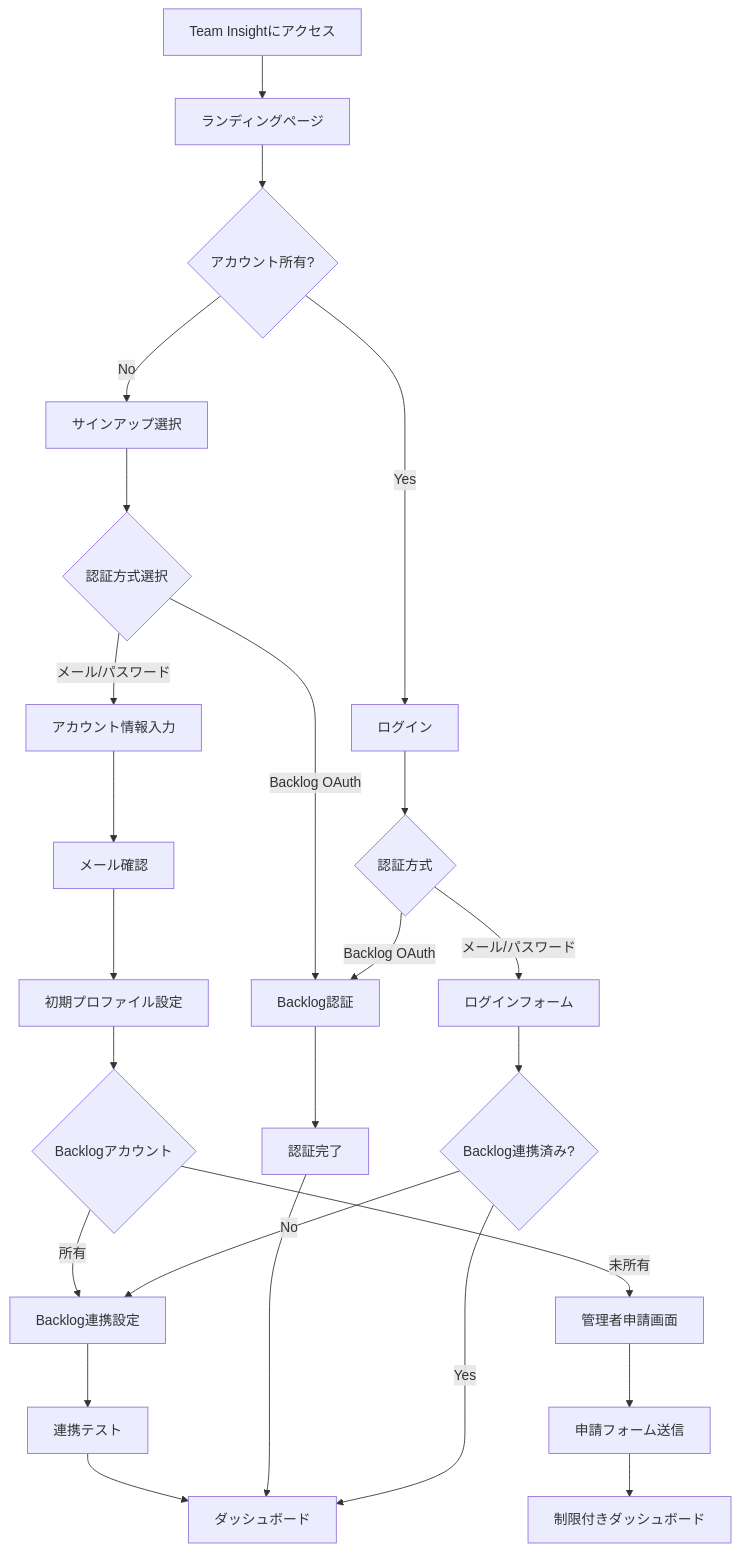
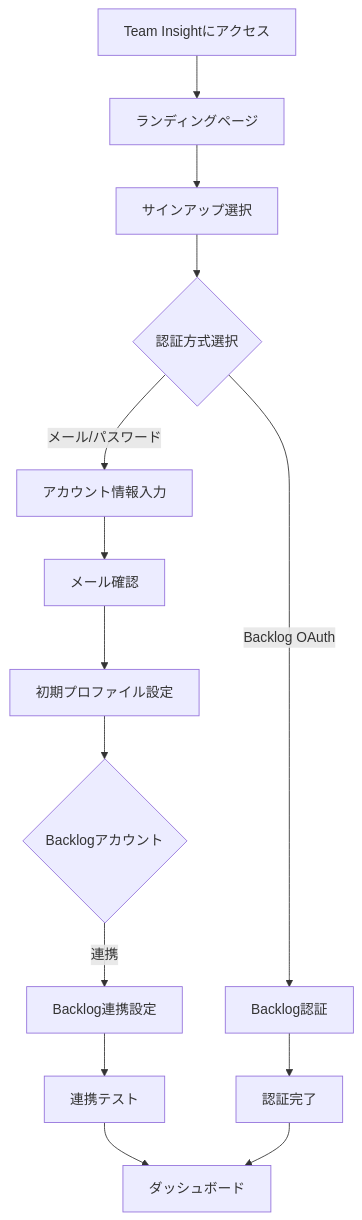
Before and after one commit to rasshii/team-insight: the sixth of 13 diagrams in Doc/mvp.md, drawn with Mermaid. The commit also changed other lines of this file and 64 other files, not shown here.

````diff
--- a/Doc/mvp.md
+++ b/Doc/mvp.md
@@ -246,34 +223,21 @@
 ```mermaid
 graph TD
     A[Team Insightにアクセス] --> B[ランディングページ]
-    B --> C{アカウント所有?}
-    C -->|No| D[サインアップ選択]
-    C -->|Yes| E[ログイン]
+    B --> D[サインアップ選択]
 
     D --> F{認証方式選択}
     F -->|メール/パスワード| G[アカウント情報入力]
     F -->|Backlog OAuth| H[Backlog認証]
 
     G --> I[メール確認]
     I --> J[初期プロファイル設定]
     J --> K{Backlogアカウント}
 
-    K -->|所有| L[Backlog連携設定]
-    K -->|未所有| M[管理者申請画面]
+    K -->|連携| L[Backlog連携設定]
 
     L --> N[連携テスト]
     N --> O[ダッシュボード]
 
-    M --> P[申請フォーム送信]
-    P --> Q[制限付きダッシュボード]
-
     H --> R[認証完了]
     R --> O
-
-    E --> S{認証方式}
-    S -->|メール/パスワード| T[ログインフォーム]
-    S -->|Backlog OAuth| H
-    T --> U{Backlog連携済み?}
-    U -->|Yes| O
-    U -->|No| L
 ```
````
